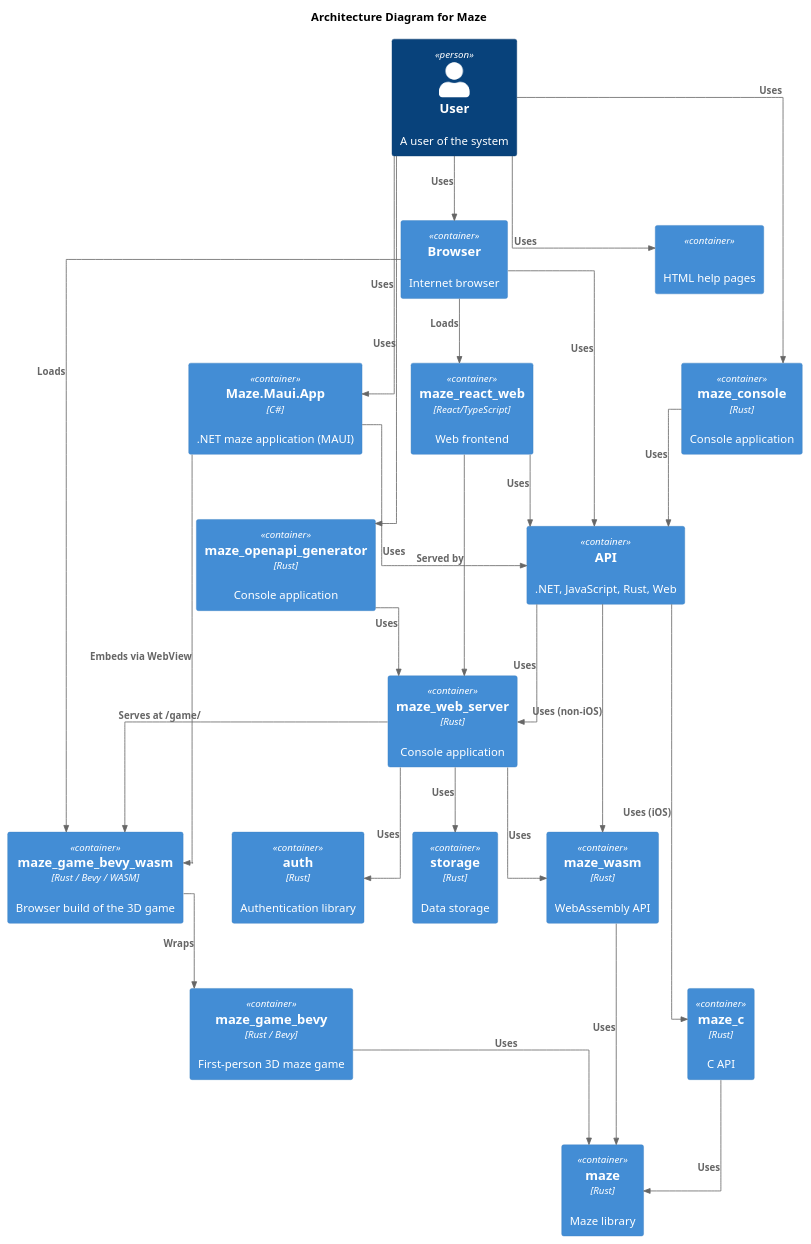
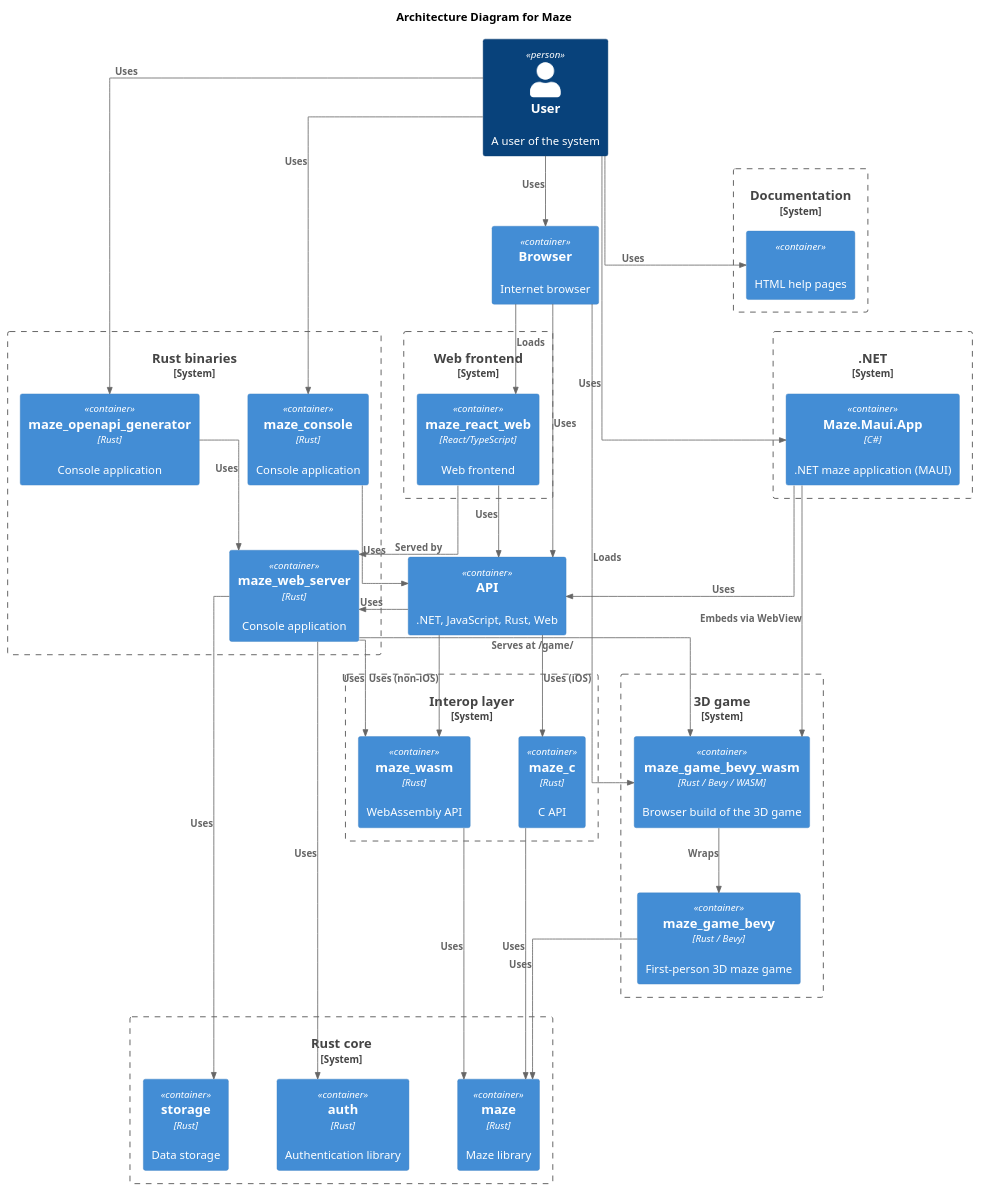
One commit to budgiedownunder/maze changed the diagram in docs/diagrams/architecture.puml. Above: the diagram before and after it, drawn with PlantUML. The commit also changed 1 other file, not shown here.

Commit message:
docs(diagrams): group containers into seven language/runtime boundaries

```diff
--- a/docs/diagrams/architecture.puml
+++ b/docs/diagrams/architecture.puml
@@ -2,56 +2,77 @@
 @startuml architecture
 
 !include https://raw.githubusercontent.com/plantuml-stdlib/C4-PlantUML/master/C4_Container.puml
 
 LAYOUT_TOP_DOWN()
 skinparam linetype ortho
 skinparam nodesep 60
 skinparam ranksep 80
 
 title Architecture Diagram for Maze
 
 Person(user, "User", "A user of the system")
 
+Container(browser, "Browser", "", "Internet browser")
 Container(api, "API", "", ".NET, JavaScript, Rust, Web")
-Container(auth, "auth", "Rust", "Authentication library")
-Container(browser, "Browser", "", "Internet browser")
-Container(html_help, "", "", "HTML help pages")
-Container(maze, "maze", "Rust", "Maze library")
-Container(maze_c, "maze_c", "Rust", "C API")
-Container(maze_console, "maze_console", "Rust", "Console application")
-Container(maze_game_bevy, "maze_game_bevy", "Rust / Bevy", "First-person 3D maze game")
-Container(maze_game_bevy_wasm, "maze_game_bevy_wasm", "Rust / Bevy / WASM", "Browser build of the 3D game")
-Container(maze_maui_app_net, "Maze.Maui.App", "C#", ".NET maze application (MAUI)")
-Container(maze_openapi_generator, "maze_openapi_generator", "Rust", "Console application")
-Container(maze_wasm, "maze_wasm", "Rust", "WebAssembly API")
-Container(maze_react_web, "maze_react_web", "React/TypeScript", "Web frontend")
-Container(maze_web_server, "maze_web_server", "Rust", "Console application")
-Container(storage, "storage", "Rust", "Data storage")
+
+System_Boundary(b_rust_core, "Rust core") {
+    Container(maze, "maze", "Rust", "Maze library")
+    Container(auth, "auth", "Rust", "Authentication library")
+    Container(storage, "storage", "Rust", "Data storage")
+}
+
+System_Boundary(b_rust_bins, "Rust binaries") {
+    Container(maze_web_server, "maze_web_server", "Rust", "Console application")
+    Container(maze_console, "maze_console", "Rust", "Console application")
+    Container(maze_openapi_generator, "maze_openapi_generator", "Rust", "Console application")
+}
+
+System_Boundary(b_interop, "Interop layer") {
+    Container(maze_wasm, "maze_wasm", "Rust", "WebAssembly API")
+    Container(maze_c, "maze_c", "Rust", "C API")
+}
+
+System_Boundary(b_dotnet, ".NET") {
+    Container(maze_maui_app_net, "Maze.Maui.App", "C#", ".NET maze application (MAUI)")
+}
+
+System_Boundary(b_web, "Web frontend") {
+    Container(maze_react_web, "maze_react_web", "React/TypeScript", "Web frontend")
+}
+
+System_Boundary(b_game, "3D game") {
+    Container(maze_game_bevy, "maze_game_bevy", "Rust / Bevy", "First-person 3D maze game")
+    Container(maze_game_bevy_wasm, "maze_game_bevy_wasm", "Rust / Bevy / WASM", "Browser build of the 3D game")
+}
+
+System_Boundary(b_docs, "Documentation") {
+    Container(html_help, "", "", "HTML help pages")
+}
 
 Rel(user, browser, "Uses")
 Rel(maze_react_web, maze_web_server, "Served by")
 Rel(user, html_help, "Uses")
 Rel(user, maze_console, "Uses")
 Rel(user, maze_maui_app_net, "Uses")
 Rel(user, maze_openapi_generator, "Uses")
 Rel(browser, api, "Uses")
 Rel(browser, maze_react_web, "Loads")
 Rel(maze_react_web, api, "Uses")
 Rel(maze_console, api, "Uses")
 Rel(maze_maui_app_net, api, "Uses")
 Rel(maze_openapi_generator, maze_web_server, "Uses")
 Rel(maze_c, maze, "Uses")
 Rel(maze_wasm, maze, "Uses")
 Rel(api, maze_wasm, "Uses (non-iOS)")
 Rel(api, maze_c, "Uses (iOS)")
 Rel(api, maze_web_server, "Uses")
 Rel(maze_web_server, maze_wasm, "Uses")
 Rel(maze_web_server, auth, "Uses")
 Rel(maze_web_server, storage, "Uses")
 Rel(maze_game_bevy, maze, "Uses")
 Rel(maze_game_bevy_wasm, maze_game_bevy, "Wraps")
 Rel(maze_web_server, maze_game_bevy_wasm, "Serves at /game/")
 Rel(browser, maze_game_bevy_wasm, "Loads")
 Rel(maze_maui_app_net, maze_game_bevy_wasm, "Embeds via WebView")
 
 @enduml
```
